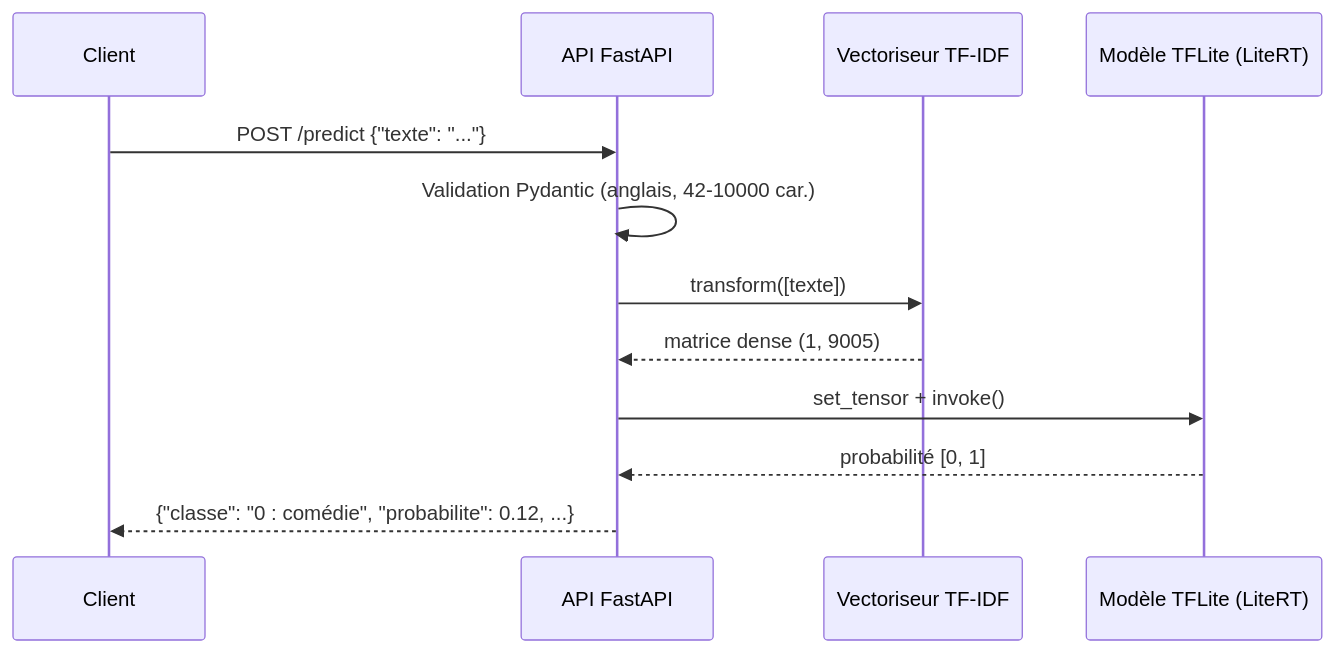
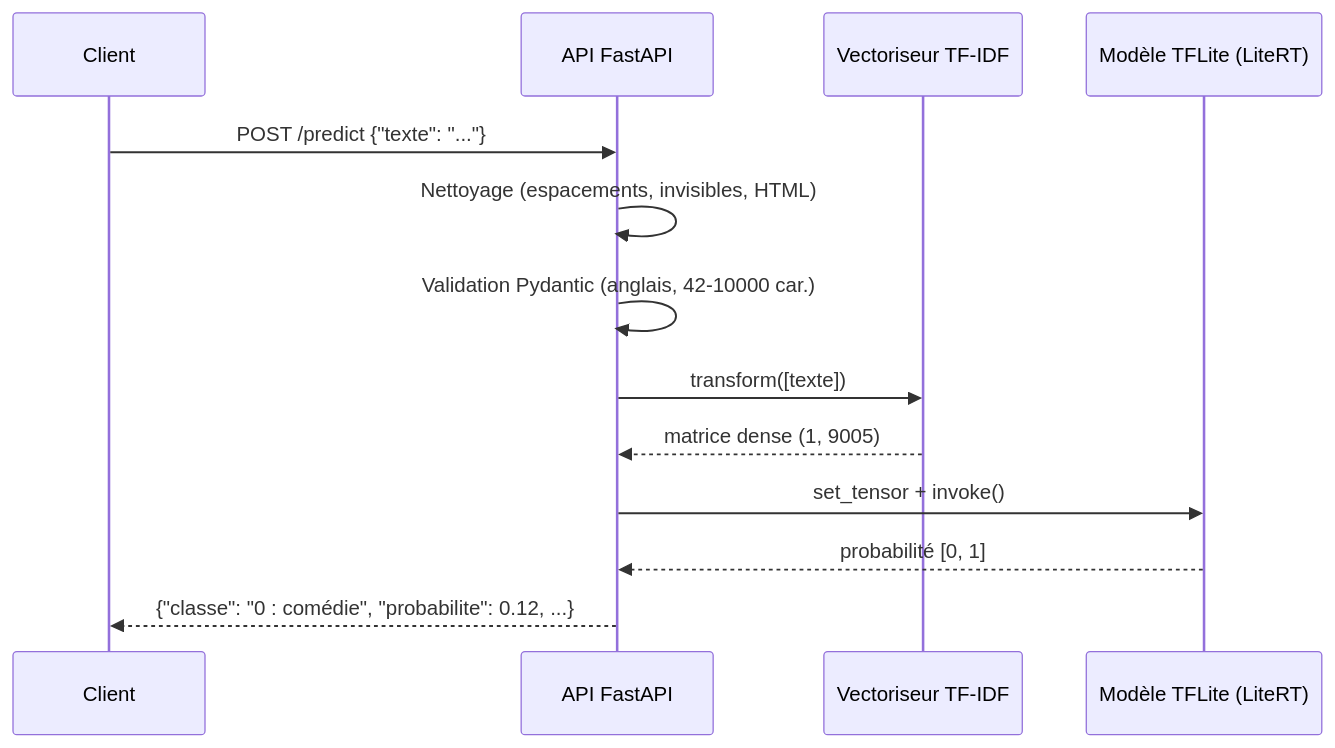
One commit to TheRealRPI/simplon-DeepLearning_Create_Optimize_PushToProd changed the second of 3 diagrams in README.md. Above: the diagram before and after it, drawn with Mermaid. The commit also changed other lines of this file and 5 other files, not shown here.

````diff
--- a/README.md
+++ b/README.md
@@ -97,15 +97,16 @@
 ```mermaid
 sequenceDiagram
     participant C as Client
     participant API as API FastAPI
     participant V as Vectoriseur TF-IDF
     participant M as Modèle TFLite (LiteRT)
 
     C->>API: POST /predict {"texte": "..."}
+    API->>API: Nettoyage (espacements, invisibles, HTML)
     API->>API: Validation Pydantic (anglais, 42-10000 car.)
     API->>V: transform([texte])
     V-->>API: matrice dense (1, 9005)
     API->>M: set_tensor + invoke()
     M-->>API: probabilité [0, 1]
     API-->>C: {"classe": "0 : comédie", "probabilite": 0.12, ...}
 ```
````
